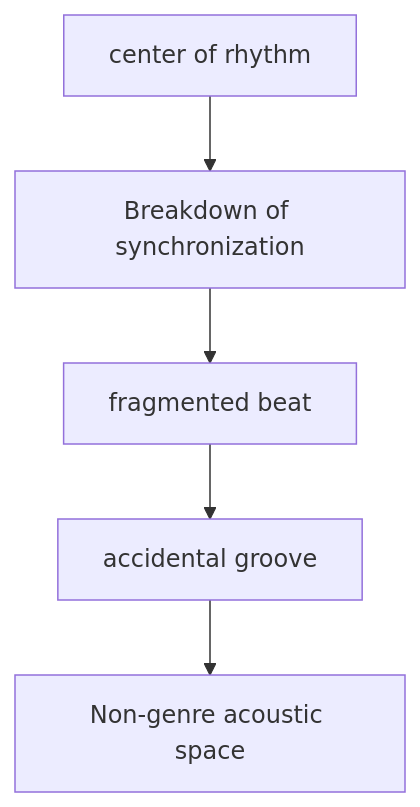
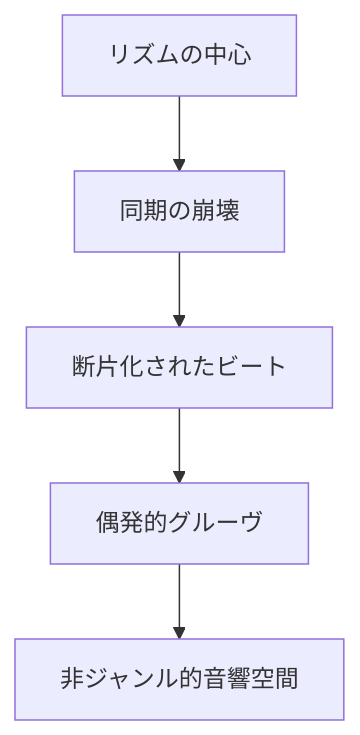
Before and after one commit to monumental-movement/monumental-movement.github.io: the first of 2 diagrams in en/_posts/2026-06-13-column-moin.md, drawn with Mermaid. The commit also changed other lines of this file and 2196 other files, not shown here.

```diff
--- a/en/_posts/2026-06-13-column-moin.md
+++ b/en/_posts/2026-06-13-column-moin.md
@@ -111,7 +110,7 @@
 <div class="mermaid">
 flowchart TD
-A[center of rhythm] --> B[Breakdown of synchronization]
-B --> C[fragmented beat]
-C --> D[accidental groove]
-D --> E[Non-genre acoustic space]
+A[リズムの中心] --> B[同期の崩壊]
+B --> C[断片化されたビート]
+C --> D[偶発的グルーヴ]
+D --> E[非ジャンル的音響空間]
 </div>
```
